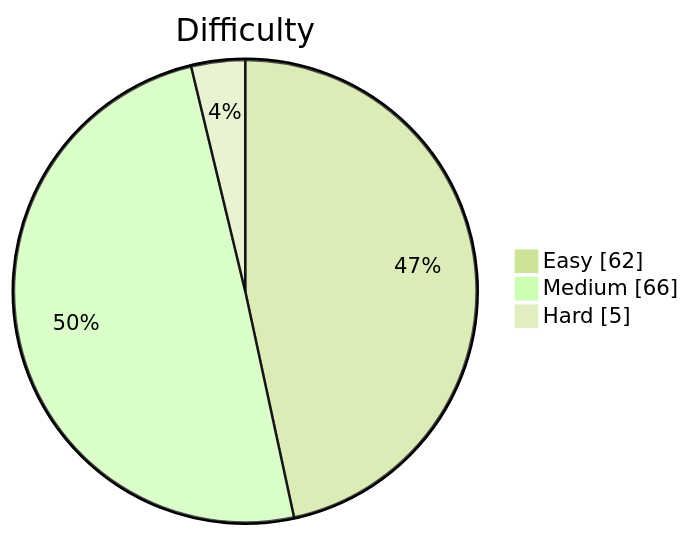
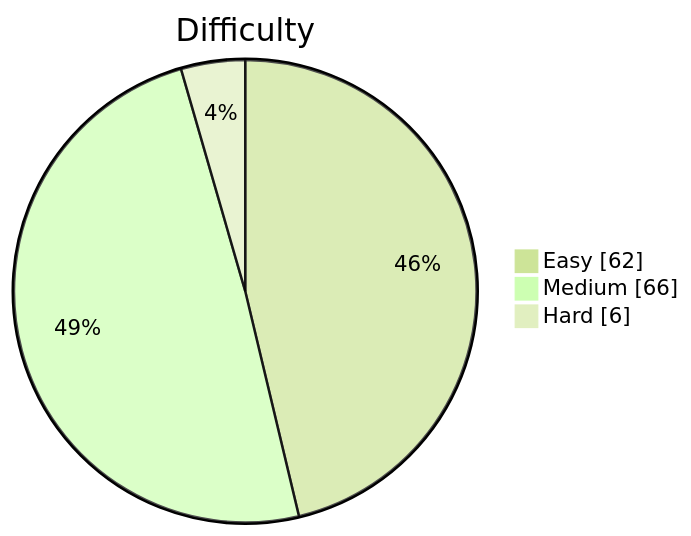
The diagram in README.md (kevstevie/python-algo-practice), drawn with Mermaid (forest theme) before and after one commit. The commit also changed other lines of this file, not shown here.

````diff
--- a/README.md
+++ b/README.md
@@ -13,7 +13,7 @@
 ```mermaid
 pie showData
     title Difficulty
     "Easy"   : 62
     "Medium" : 66
-    "Hard"   : 5
+    "Hard"   : 6
 ```
````
